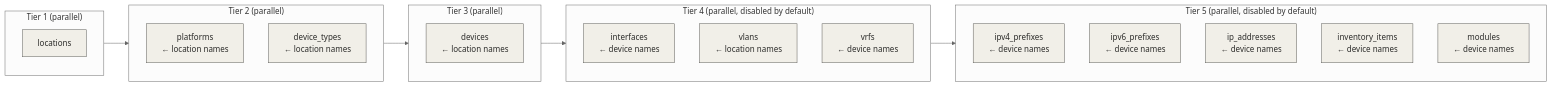
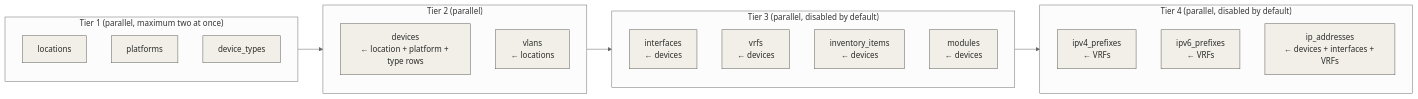
Before and after one commit to forwardnetworks/nautobot-app-ssot-forward: the fifth of 5 diagrams in docs/architecture-flow.md, drawn with Mermaid (neutral theme). The commit also changed other lines of this file and 69 other files, not shown here.

````diff
--- a/docs/architecture-flow.md
+++ b/docs/architecture-flow.md
@@ -197,34 +199,31 @@
 ```mermaid
 flowchart LR
-    subgraph t0["Tier 1  (parallel)"]
+    subgraph t0["Tier 1  (parallel, maximum two at once)"]
         locations["locations"]
+        platforms["platforms"]
+        device_types["device_types"]
     end
 
     subgraph t1["Tier 2  (parallel)"]
-        platforms["platforms\n← location names"]
-        device_types["device_types\n← location names"]
+        devices["devices\n← location + platform + type rows"]
+        vlans["vlans\n← locations"]
     end
 
-    subgraph t2["Tier 3  (parallel)"]
-        devices["devices\n← location names"]
+    subgraph t2["Tier 3  (parallel, disabled by default)"]
+        interfaces["interfaces\n← devices"]
+        vrfs["vrfs\n← devices"]
+        inv["inventory_items\n← devices"]
+        mod["modules\n← devices"]
     end
 
     subgraph t3["Tier 4  (parallel, disabled by default)"]
-        interfaces["interfaces\n← device names"]
-        vlans["vlans\n← location names"]
-        vrfs["vrfs\n← device names"]
+        ip4["ipv4_prefixes\n← VRFs"]
+        ip6["ipv6_prefixes\n← VRFs"]
+        ipa["ip_addresses\n← devices + interfaces + VRFs"]
     end
 
-    subgraph t4["Tier 5  (parallel, disabled by default)"]
-        ip4["ipv4_prefixes\n← device names"]
-        ip6["ipv6_prefixes\n← device names"]
-        ipa["ip_addresses\n← device names"]
-        inv["inventory_items\n← device names"]
-        mod["modules\n← device names"]
-    end
-
-    t0 --> t1 --> t2 --> t3 --> t4
+    t0 --> t1 --> t2 --> t3
 
     classDef neutral fill:#F1EFE8,stroke:#5F5E5A,color:#2C2C2A;
     class locations,platforms,device_types,devices,interfaces,vlans,vrfs,ip4,ip6,ipa,inv,mod neutral;
 ```
````
